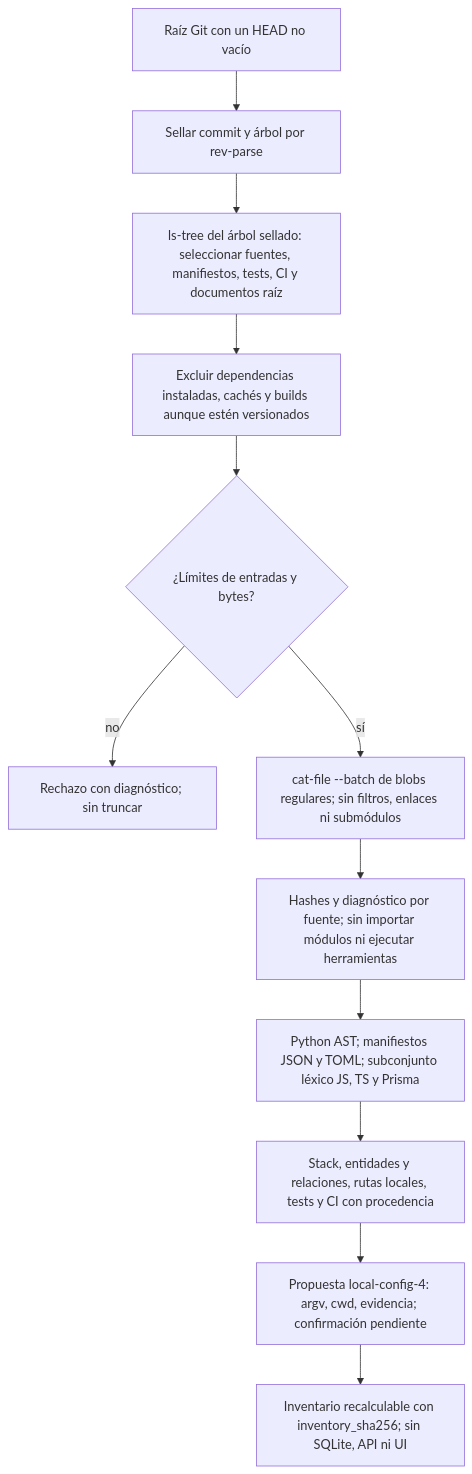
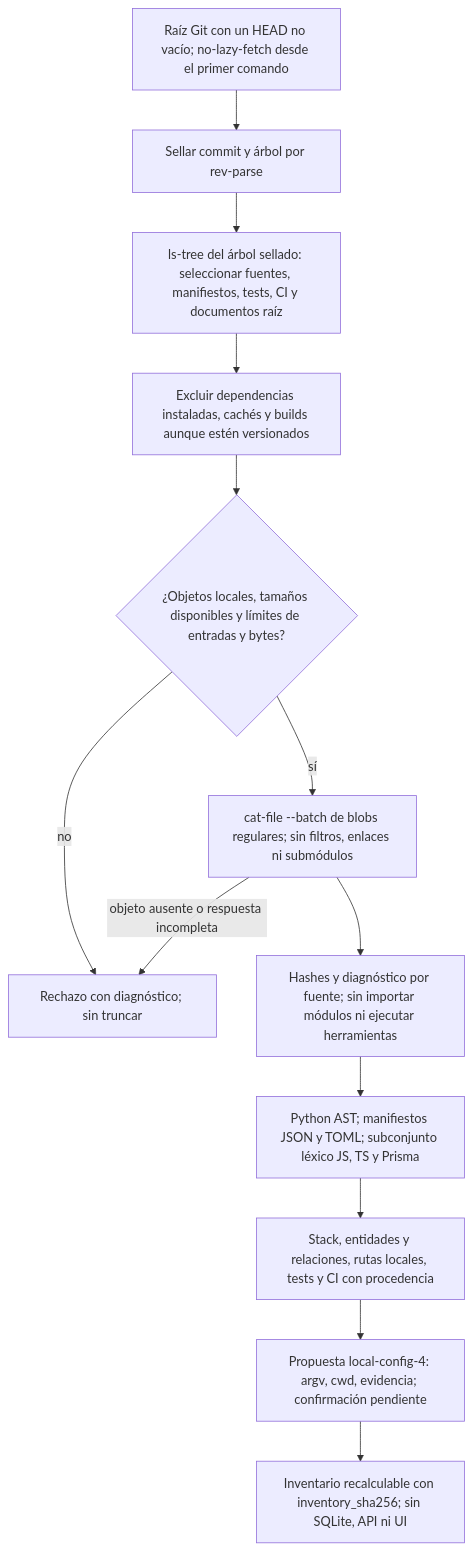
The first of 3 diagrams in docs/flows/project-onboarding.md (AcostaDDev/my-harness-archive), drawn with Mermaid before and after one commit. The commit also changed other lines of this file and 21 other files, not shown here.

Commit message:
fix: disable lazy-fetch for Flow A reads (D108, P008-T018)

````diff
--- a/docs/flows/project-onboarding.md
+++ b/docs/flows/project-onboarding.md
@@ -8,14 +8,15 @@
 ```mermaid
 flowchart TD
-    A["Raíz Git con un HEAD no vacío"] --> B["Sellar commit y árbol por rev-parse"]
+    A["Raíz Git con un HEAD no vacío; no-lazy-fetch desde el primer comando"] --> B["Sellar commit y árbol por rev-parse"]
     B --> C["ls-tree del árbol sellado: seleccionar fuentes, manifiestos, tests, CI y documentos raíz"]
     C --> D["Excluir dependencias instaladas, cachés y builds aunque estén versionados"]
-    D --> E{"¿Límites de entradas y bytes?"}
+    D --> E{"¿Objetos locales, tamaños disponibles y límites de entradas y bytes?"}
     E -- no --> R["Rechazo con diagnóstico; sin truncar"]
     E -- sí --> F["cat-file --batch de blobs regulares; sin filtros, enlaces ni submódulos"]
+    F -- objeto ausente o respuesta incompleta --> R
     F --> G["Hashes y diagnóstico por fuente; sin importar módulos ni ejecutar herramientas"]
     G --> H["Python AST; manifiestos JSON y TOML; subconjunto léxico JS, TS y Prisma"]
     H --> I["Stack, entidades y relaciones, rutas locales, tests y CI con procedencia"]
     I --> J["Propuesta local-config-4: argv, cwd, evidencia; confirmación pendiente"]
     J --> K["Inventario recalculable con inventory_sha256; sin SQLite, API ni UI"]
 ```
````
